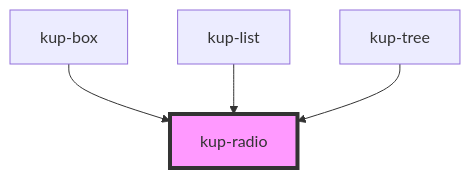
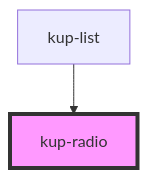
The diagram in packages/ketchup/src/components/kup-radio/readme.md (smeup/ketchup), drawn with Mermaid before and after one commit. The commit also changed other lines of this file and 12 other files, not shown here.

Commit message:
Box and tree now behave like data table for shapes.

````diff
--- a/packages/ketchup/src/components/kup-radio/readme.md
+++ b/packages/ketchup/src/components/kup-radio/readme.md
@@ -50,7 +48,5 @@
 ```mermaid
 graph TD;
-  kup-box --> kup-radio
   kup-list --> kup-radio
-  kup-tree --> kup-radio
   style kup-radio fill:#f9f,stroke:#333,stroke-width:4px
 ```
````
